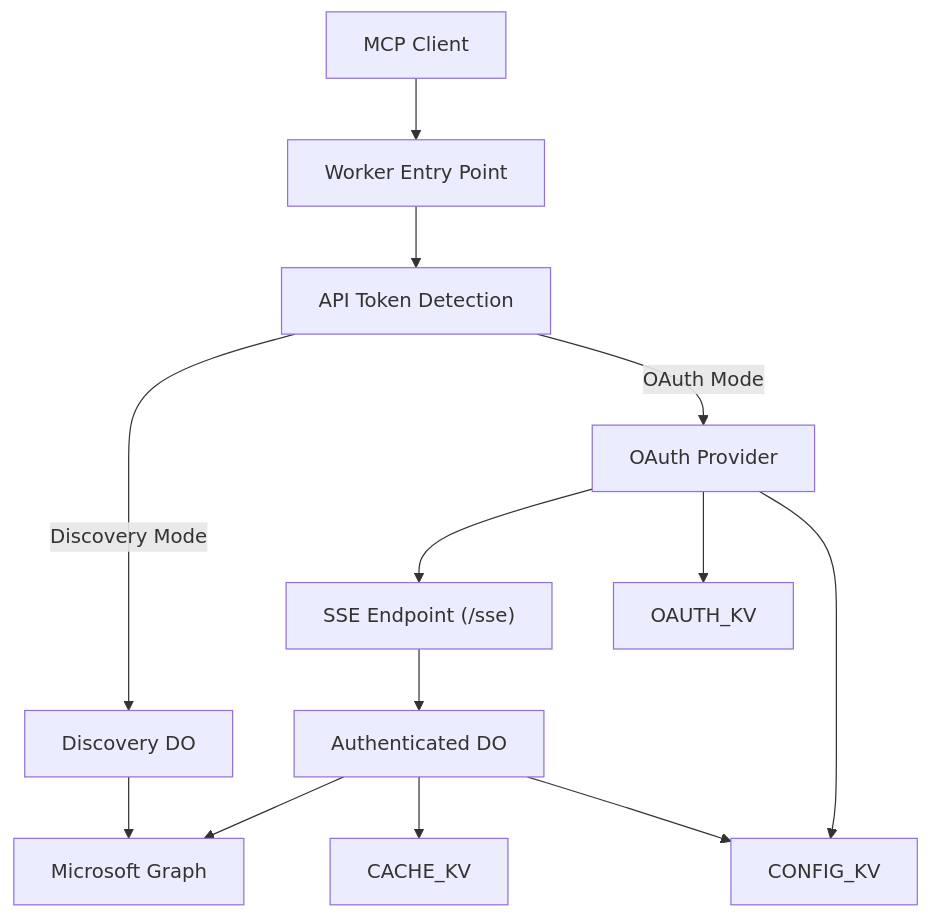
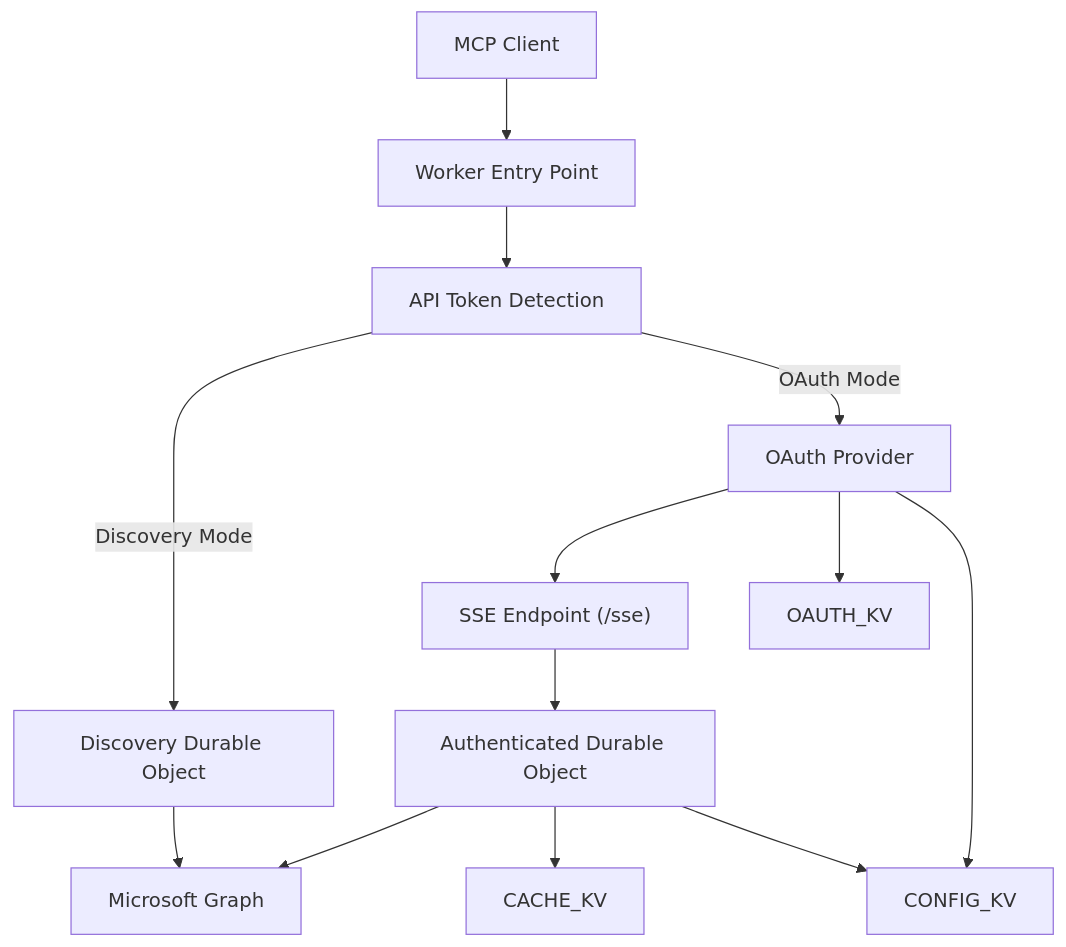
Before and after one commit to nikolanovoselec/m365-mcp-server: the first of 8 diagrams in TECHNICAL.md, drawn with Mermaid.

Commit message:
docs: align durable object naming in diagrams

````diff
--- a/TECHNICAL.md
+++ b/TECHNICAL.md
@@ -35,18 +35,18 @@
 ```mermaid
 graph TB
     Client[MCP Client] --> Entry[Worker Entry Point]
     Entry --> APIToken[API Token Detection]
-    APIToken -->|Discovery Mode| DO1[Discovery DO]
+    APIToken -->|Discovery Mode| DO1[Discovery Durable Object]
     APIToken -->|OAuth Mode| OAuth[OAuth Provider]
 
     OAuth --> SSE["SSE Endpoint (/sse)"]
-    SSE --> DO2[Authenticated DO]
+    SSE --> DO2[Authenticated Durable Object]
 
     DO1 --> Graph[Microsoft Graph]
     DO2 --> Graph
 
     OAuth --> KV1[OAUTH_KV]
     OAuth --> KV3[CONFIG_KV]
     DO2 --> KV2[CACHE_KV]
     DO2 --> KV3
 ```
````
